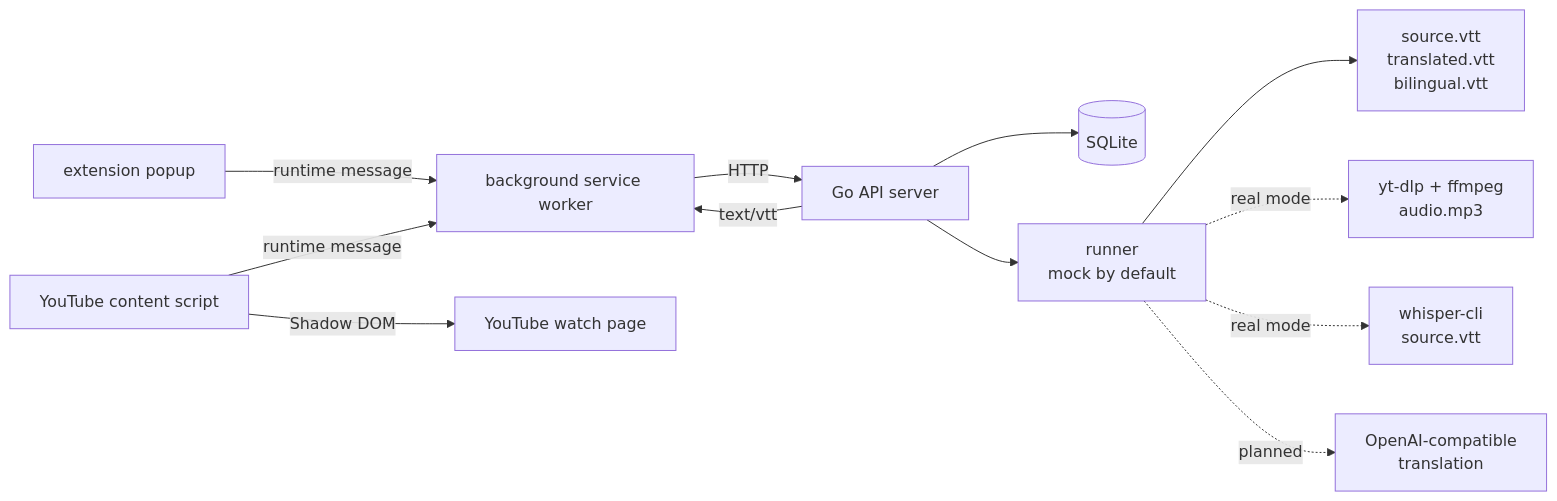
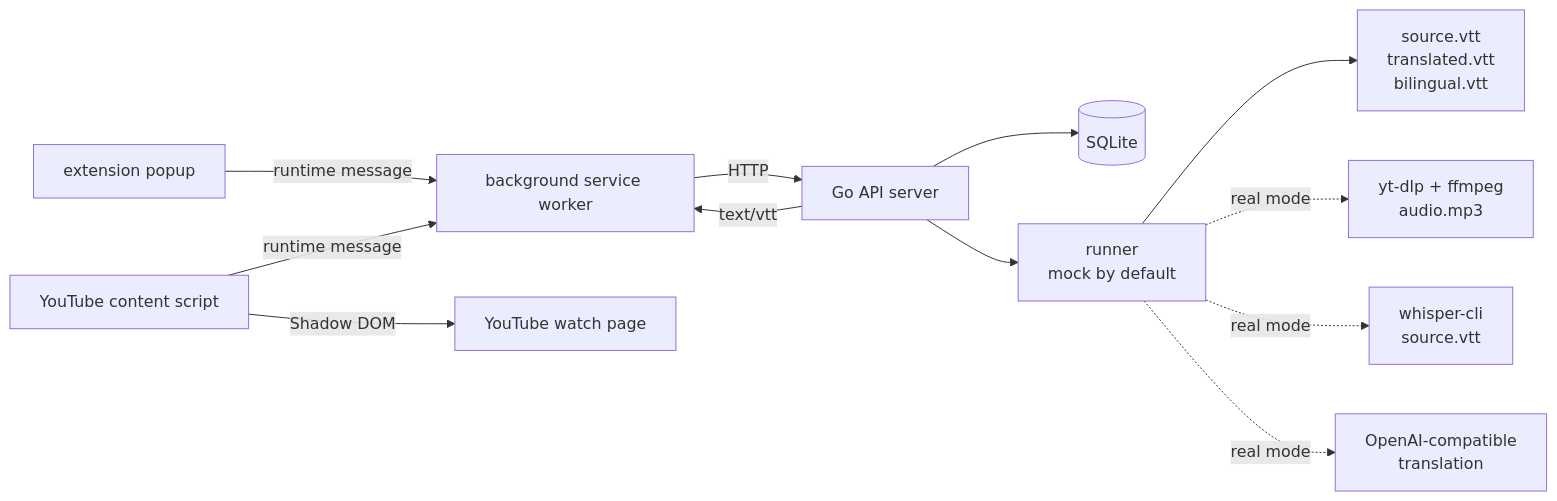
One commit to Insulinocytus/lets-sub-it changed the diagram in README.md. Above: the diagram before and after it, drawn with Mermaid. The commit also changed other lines of this file and 13 other files, not shown here.

First line of the commit message:
feat(backend): add OpenAI-compatible subtitle translation (#9)

````diff
--- a/README.md
+++ b/README.md
@@ -155,15 +159,15 @@
 ```mermaid
 flowchart LR
   Popup["extension popup"] -->|"runtime message"| Background["background service worker"]
   Content["YouTube content script"] -->|"runtime message"| Background
   Background -->|"HTTP"| API["Go API server"]
   API --> Store[("SQLite")]
   API --> Runner["runner<br/>mock by default"]
   Runner --> Files["source.vtt<br/>translated.vtt<br/>bilingual.vtt"]
   API -->|"text/vtt"| Background
   Content -->|"Shadow DOM"| YouTube["YouTube watch page"]
 
   Runner -. "real mode" .-> Ytdlp["yt-dlp + ffmpeg<br/>audio.mp3"]
   Runner -. "real mode" .-> Whisper["whisper-cli<br/>source.vtt"]
-  Runner -. "planned" .-> LLM["OpenAI-compatible<br/>translation"]
+  Runner -. "real mode" .-> LLM["OpenAI-compatible<br/>translation"]
 ```
````
